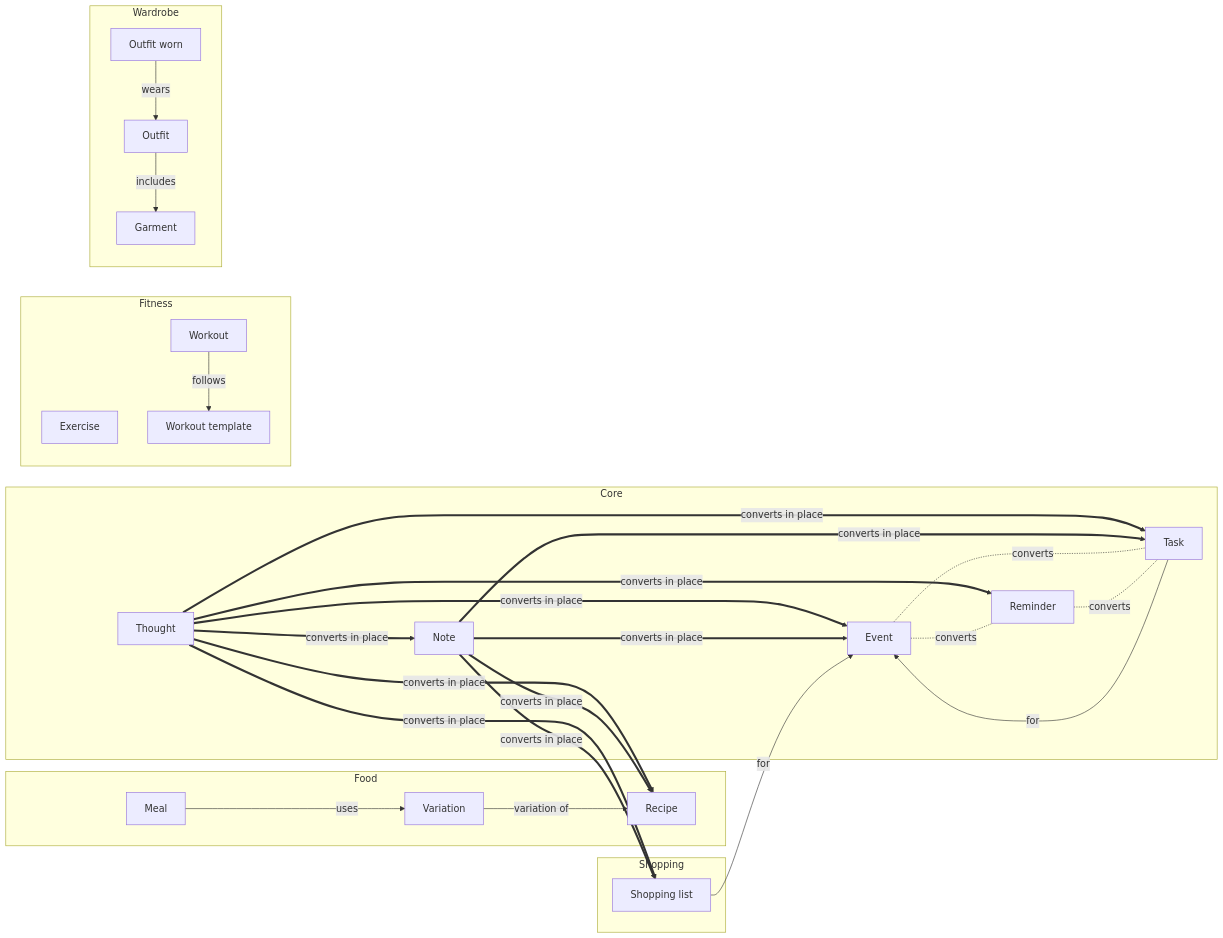
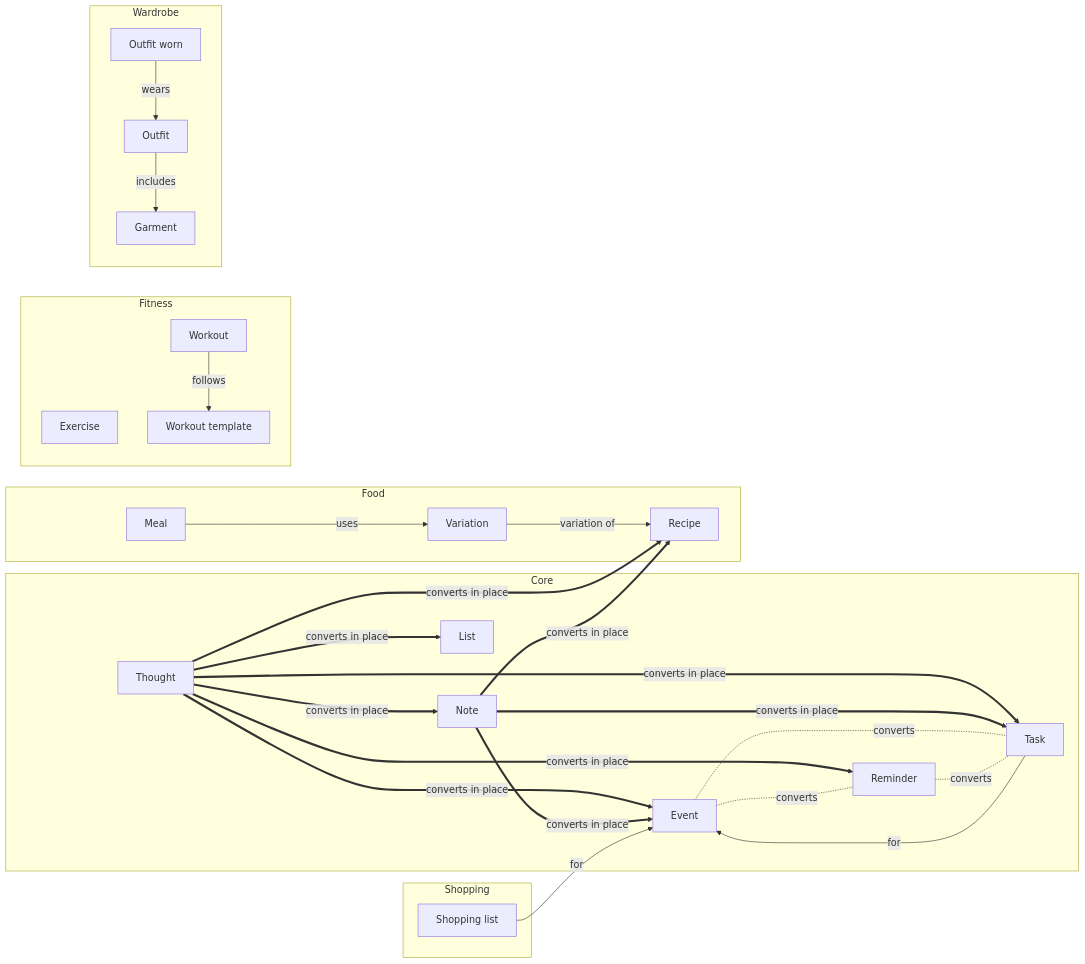
One commit to joestables/lifeos changed the first of 3 diagrams in docs/20-architecture/data-model.md. Above: the diagram before and after it, drawn with Mermaid. The commit also changed other lines of this file and 103 other files, not shown here.

````diff
--- a/docs/20-architecture/data-model.md
+++ b/docs/20-architecture/data-model.md
@@ -342,50 +345,50 @@
 ```mermaid
 flowchart LR
   subgraph CORE[Core]
     Thought[Thought]
     Note[Note]
+    List[List]
     Task[Task]
     Event[Event]
     Reminder[Reminder]
   end
   subgraph FOOD[Food]
     Recipe[Recipe]
     Variation[Variation]
     Meal[Meal]
   end
   subgraph SHOPPING[Shopping]
     Shopping_list[Shopping list]
   end
   subgraph FITNESS[Fitness]
     Exercise[Exercise]
     Workout_template[Workout template]
     Workout[Workout]
   end
   subgraph WARDROBE[Wardrobe]
     Garment[Garment]
     Outfit[Outfit]
     Outfit_worn[Outfit worn]
   end
 
   Thought == converts in place ==> Event
+  Thought == converts in place ==> List
   Thought == converts in place ==> Note
   Thought == converts in place ==> Recipe
   Thought == converts in place ==> Reminder
-  Thought == converts in place ==> Shopping_list
   Thought == converts in place ==> Task
   Note == converts in place ==> Event
   Note == converts in place ==> Recipe
-  Note == converts in place ==> Shopping_list
   Note == converts in place ==> Task
   Event -. converts .- Reminder
   Event -. converts .- Task
   Reminder -. converts .- Task
 
   Task -- for --> Event
   Shopping_list -- for --> Event
   Meal -- uses --> Variation
   Variation -- variation of --> Recipe
   Workout -- follows --> Workout_template
   Outfit_worn -- wears --> Outfit
   Outfit -- includes --> Garment
 ```
````
